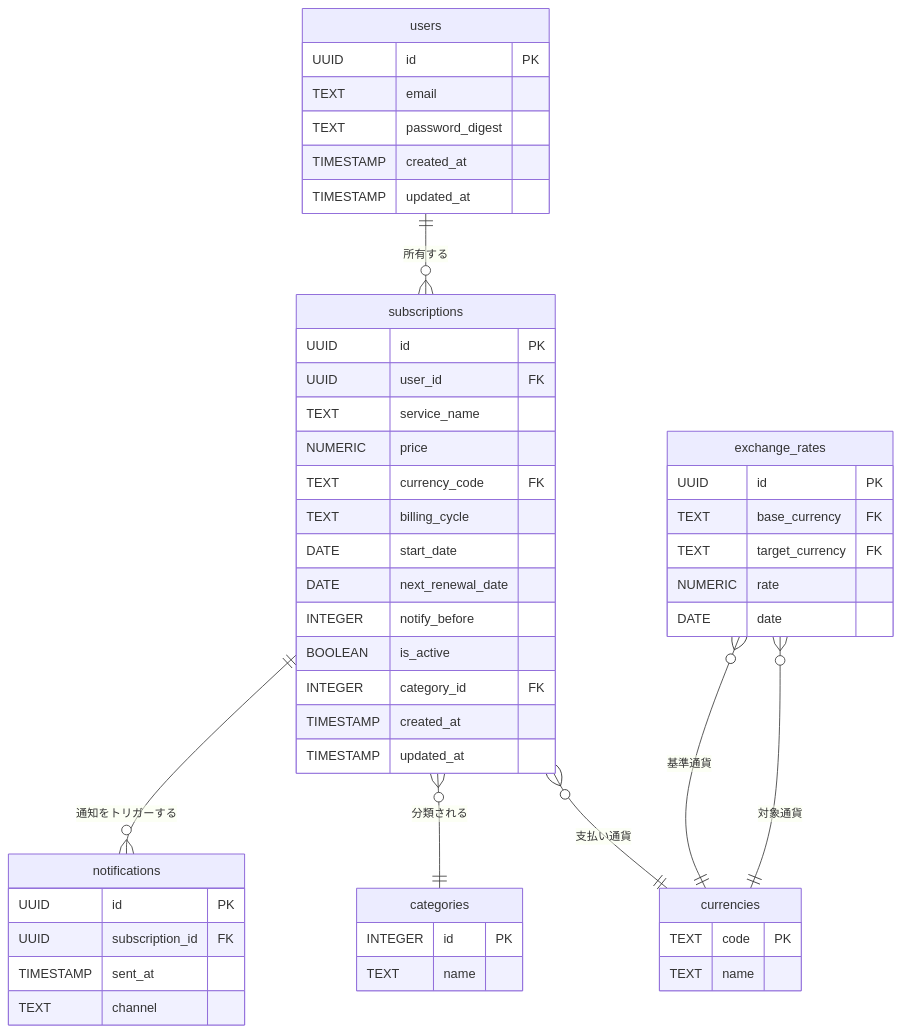
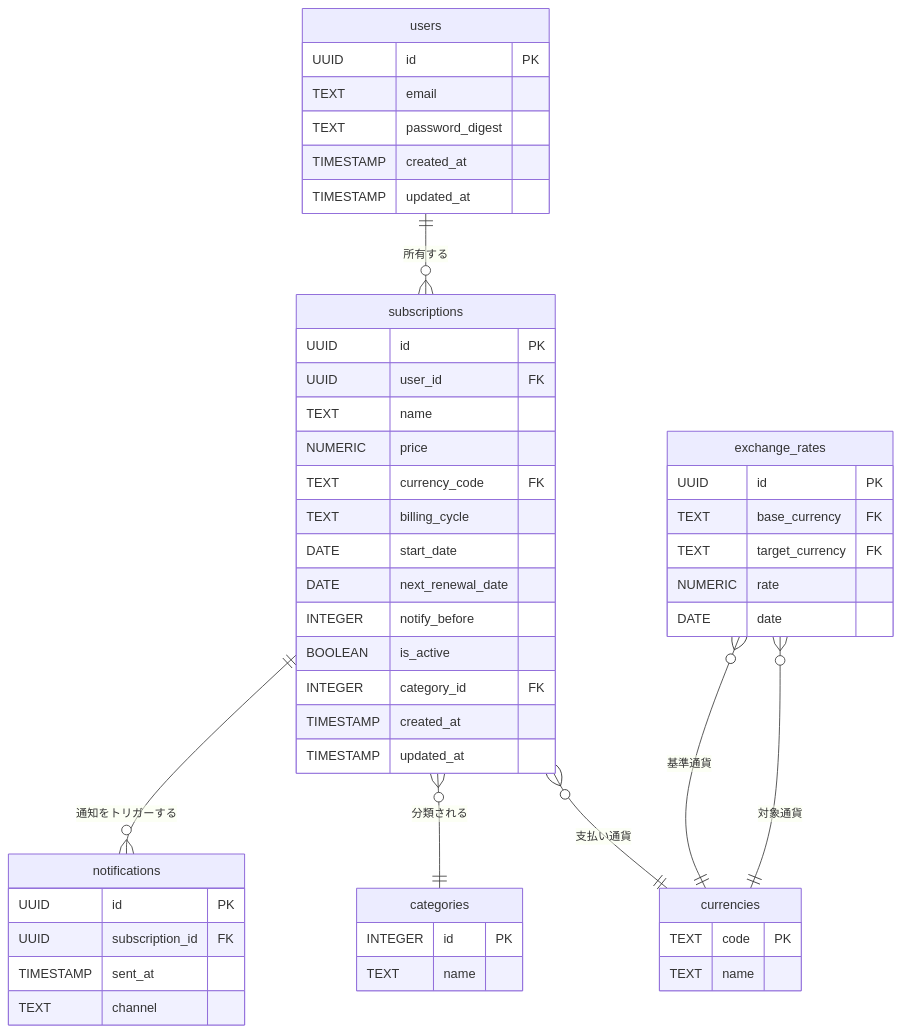
Before and after one commit to ueferi/track-my-subs: the diagram in doc/er-diagram.md, drawn with Mermaid. The commit also changed other lines of this file, not shown here.

Commit message:
Rename subscription column from service_name to name

````diff
--- a/doc/er-diagram.md
+++ b/doc/er-diagram.md
@@ -7,59 +7,59 @@
 ```mermaid
 erDiagram
 
 users {
   UUID id PK
   TEXT email
   TEXT password_digest
   TIMESTAMP created_at
   TIMESTAMP updated_at
 }
 
 subscriptions {
   UUID id PK
   UUID user_id FK
-  TEXT service_name
+  TEXT name
   NUMERIC price
   TEXT currency_code FK
   TEXT billing_cycle
   DATE start_date
   DATE next_renewal_date
   INTEGER notify_before
   BOOLEAN is_active
   INTEGER category_id FK
   TIMESTAMP created_at
   TIMESTAMP updated_at
 }
 
 notifications {
   UUID id PK
   UUID subscription_id FK
   TIMESTAMP sent_at
   TEXT channel
 }
 
 categories {
   INTEGER id PK
   TEXT name
 }
 
 currencies {
   TEXT code PK
   TEXT name
 }
 
 exchange_rates {
   UUID id PK
   TEXT base_currency FK
   TEXT target_currency FK
   NUMERIC rate
   DATE date
 }
 
 users ||--o{ subscriptions : "所有する"
 subscriptions ||--o{ notifications : "通知をトリガーする"
 subscriptions }o--|| categories : "分類される"
 subscriptions }o--|| currencies : "支払い通貨"
 exchange_rates }o--|| currencies : "基準通貨"
 exchange_rates }o--|| currencies : "対象通貨"
 ```
````
